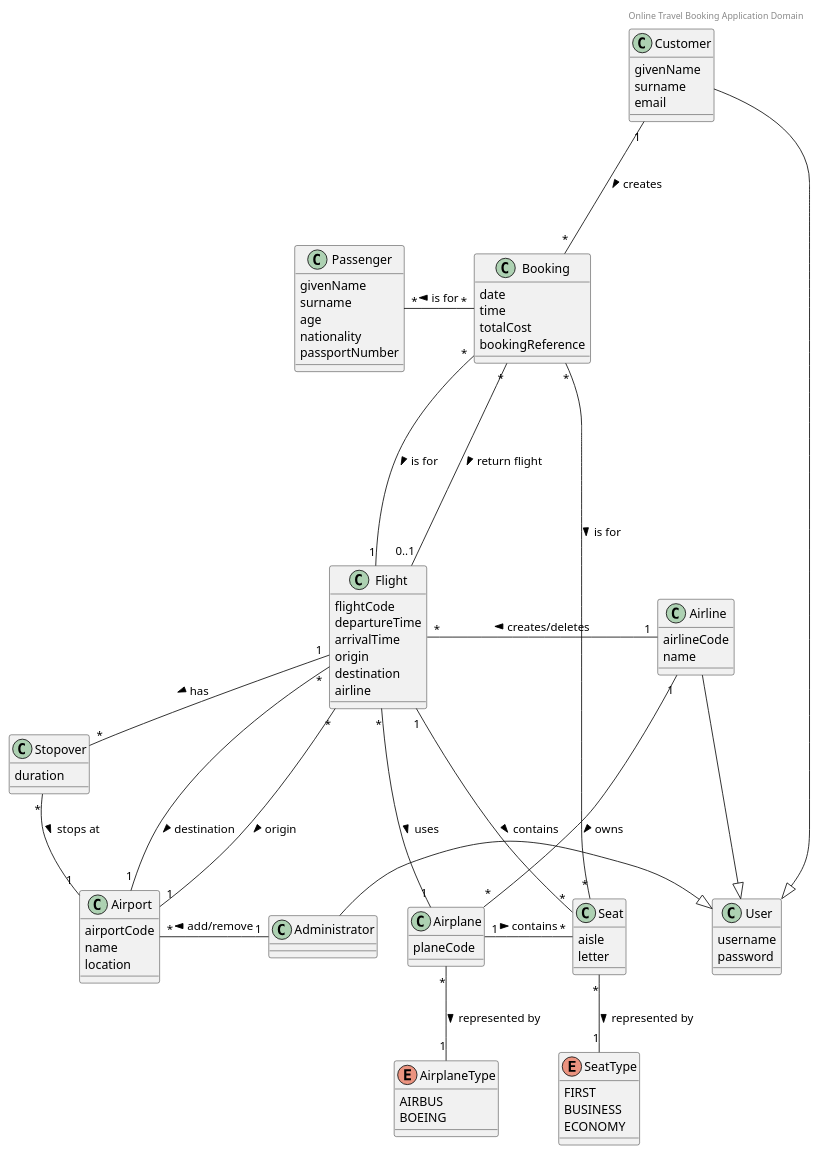
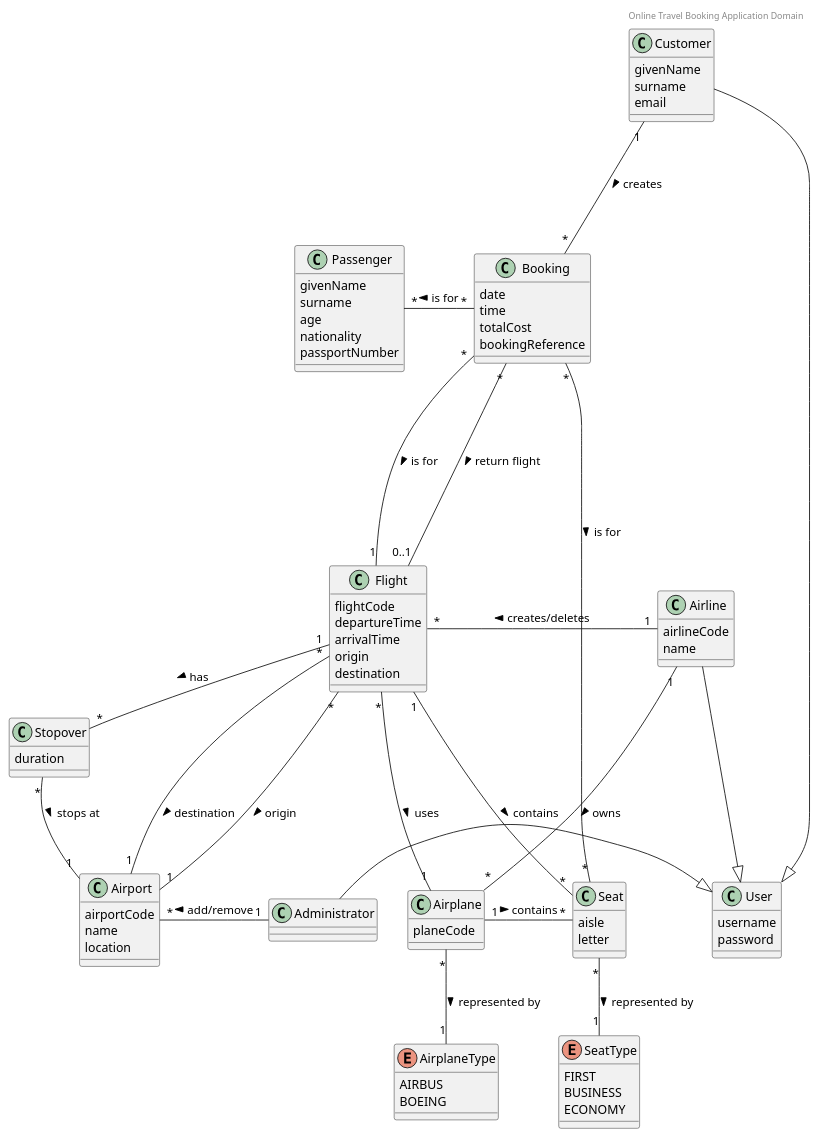
The diagram in docs/part1/domain.puml (SWEN900072021/2Pizzas), drawn with PlantUML before and after one commit.

Commit message:
Add domain puml

```diff
--- a/docs/part1/domain.puml
+++ b/docs/part1/domain.puml
@@ -1,99 +1,98 @@
 @startuml 
 
 header Online Travel Booking Application Domain 
 
 class Administrator {
 }
 
 class Customer {
   givenName
   surname
   email
 }
 
 class Booking {
   date
   time
   totalCost
   bookingReference
 }
 
 class Flight {
   flightCode
   departureTime
   arrivalTime
   origin
   destination
-  airline
 }
 
 class Airplane {
   planeCode
 }
 
 class Airport {
   airportCode
   name
   location
 }
 
 class Seat {
   aisle
   letter
 }
 
 class Airline {
   airlineCode
   name
 }
 
 enum SeatType {
   FIRST
   BUSINESS
   ECONOMY
 }
 
 enum AirplaneType {
   AIRBUS
   BOEING
 }
 
 class Passenger {
   givenName
   surname
   age
   nationality
   passportNumber
 }
 
 class User {
   username
   password
 }
 
 class Stopover {
   duration
 }
 
 Booking "*"--down--"1" Flight: is for >
 Booking "*"--down--"0..1" Flight: return flight >
 Booking "*"-right-"*" Seat: is for >
 Booking "*"-left-"*" Passenger: is for >
 Flight "1"-right-"*" Seat: contains >
 Customer "1"---"*" Booking: creates >
 Flight "*"---"1" Airport: destination >
 Flight "*"-down-"1" Airport: origin >
 Administrator "1"-left-"*" Airport: add/remove >
 Airline "1"-right-"*" Flight: creates/deletes >
 Flight "*"---"1" Airplane: uses >
 Seat "*"-down-"1" SeatType: represented by >
 Airline "1"-"*" Airplane: owns >
 Airplane "1"-"*" Seat: contains >
 Airplane "*"-down-"1" AirplaneType: represented by >
 Flight "1"-right-"*" Stopover: has >
 Stopover "*"-"1" Airport: stops at >
 Administrator -|> User
 Customer -|> User
 Airline -|> User
 
 @enduml
```
